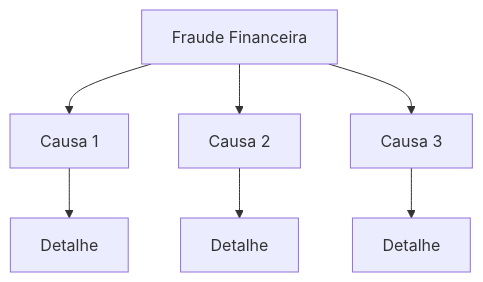
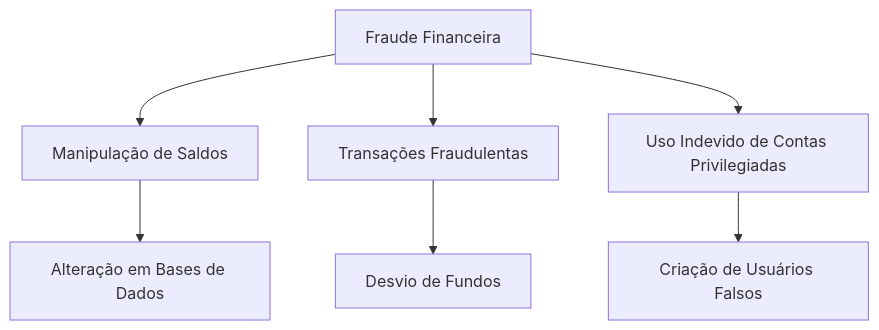
The third of 9 diagrams in readme.md (pedro-coelho-dr/threat-model-exercise), drawn with Mermaid before and after one commit. The commit also changed other lines of this file, not shown here.

````diff
--- a/readme.md
+++ b/readme.md
@@ -196,10 +204,12 @@
 ```mermaid
 flowchart TD
     A1[Fraude Financeira]
-    A1 --> A2[Causa 1]
-    A1 --> A3[Causa 2]
-    A1 --> A4[Causa 3]
-    A2 --> A5[Detalhe]
-    A3 --> A6[Detalhe]
-    A4 --> A7[Detalhe]
+    A1 --> A2[Manipulação de Saldos]
+    A1 --> A3[Transações Fraudulentas]
+    A1 --> A4[Uso Indevido de Contas Privilegiadas]
+    A2 --> A5[Alteração em Bases de Dados]
+    A3 --> A6[Desvio de Fundos]
+    A4 --> A7[Criação de Usuários Falsos]
+
+
 ```
````
